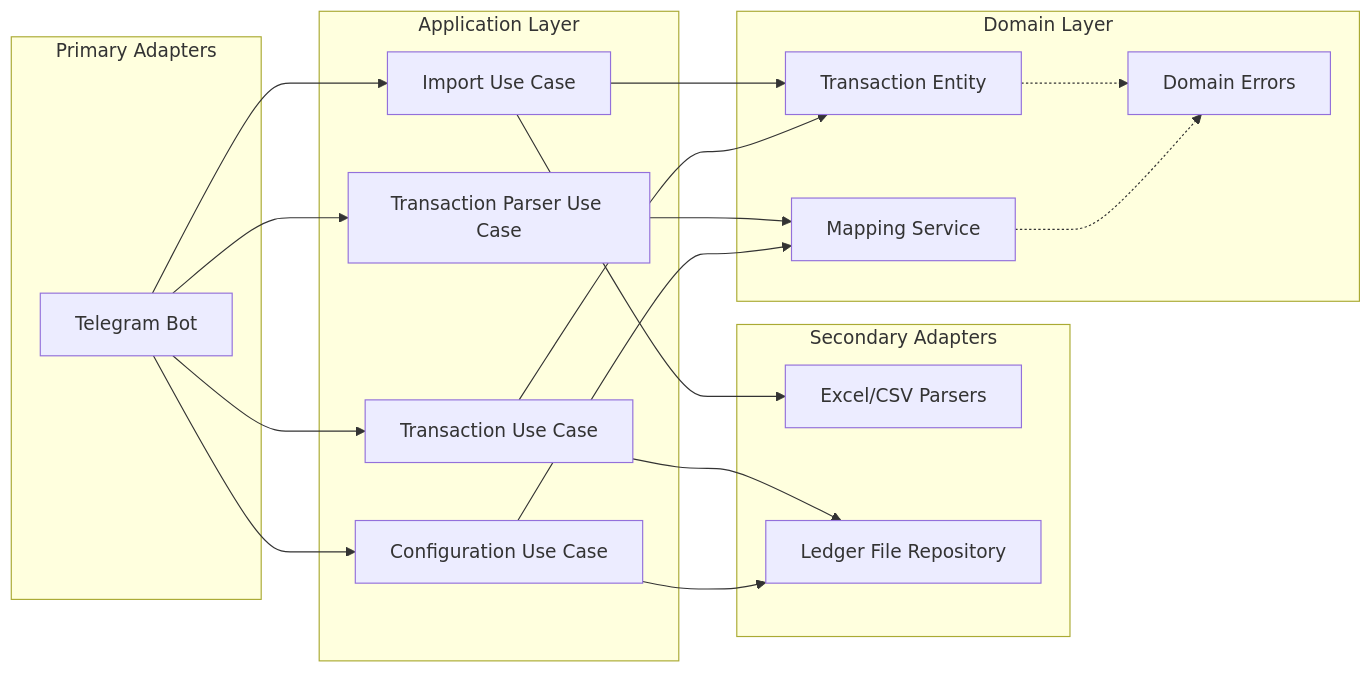
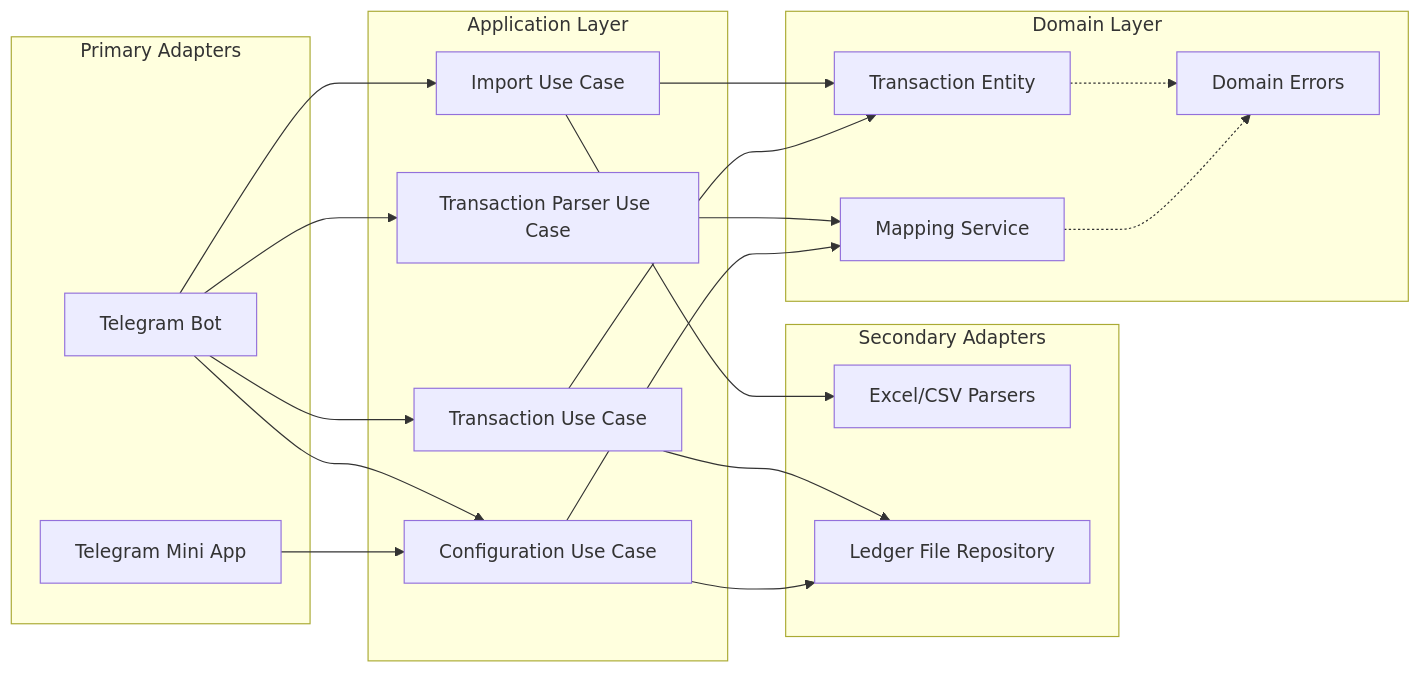
Before and after one commit to pan-narrans/finance-app: the diagram in docs/architecture.md, drawn with Mermaid. The commit also changed other lines of this file and 50 other files, not shown here.

````diff
--- a/docs/architecture.md
+++ b/docs/architecture.md
@@ -6,45 +6,47 @@
 ```mermaid
 graph LR
     subgraph Primary Adapters
         TBot[Telegram Bot]
+        TWA[Telegram Mini App]
     end
 
     subgraph Secondary Adapters
         EP[Excel/CSV Parsers]
         LR[Ledger File Repository]
     end
     
     subgraph Application Layer
         IUC[Import Use Case]
         TPUC[Transaction Parser Use Case]
         TUC[Transaction Use Case]
         CUC[Configuration Use Case]
     end
 
     subgraph Domain Layer
         DMS[Mapping Service]
         DT[Transaction Entity]
         DE[Domain Errors]
     end
 
     %% Primary to Application
     TBot --> TPUC
     TBot --> IUC
     TBot --> TUC
     TBot --> CUC
+    TWA  --> CUC
 
     %% Application to Domain
     TPUC --> DMS
     IUC  --> DT
     TUC  --> DT
     CUC  --> DMS
 
     %% Component links inside Domain
     DT  -.-> DE
     DMS -.-> DE
 
     %% Application to Secondary
     IUC --> EP
     TUC --> LR
     CUC --> LR
 ```
````
